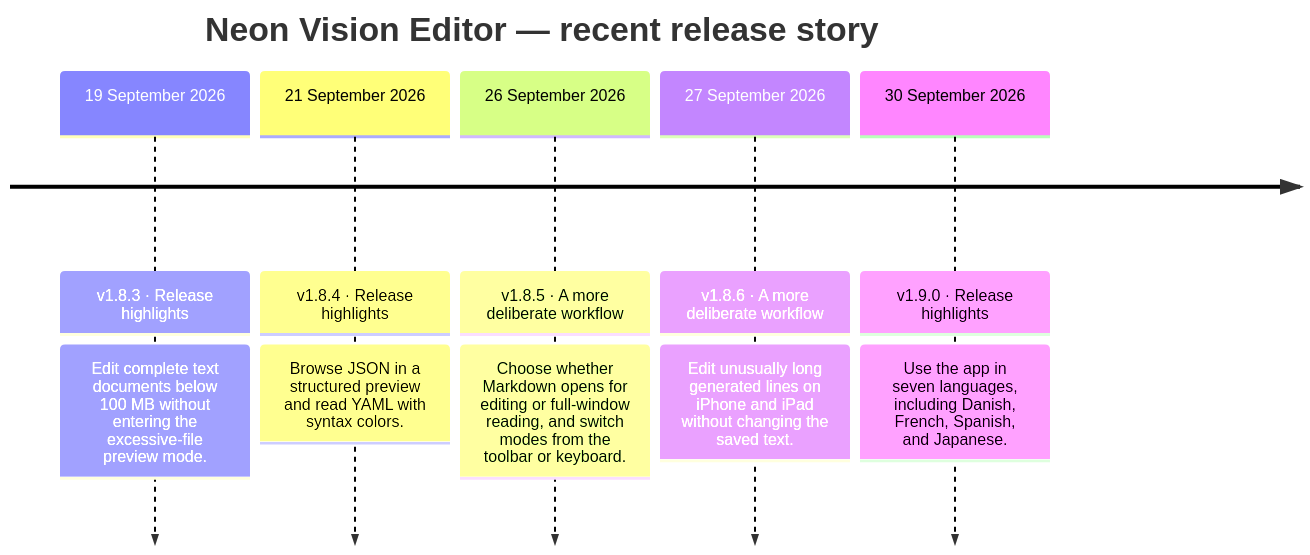
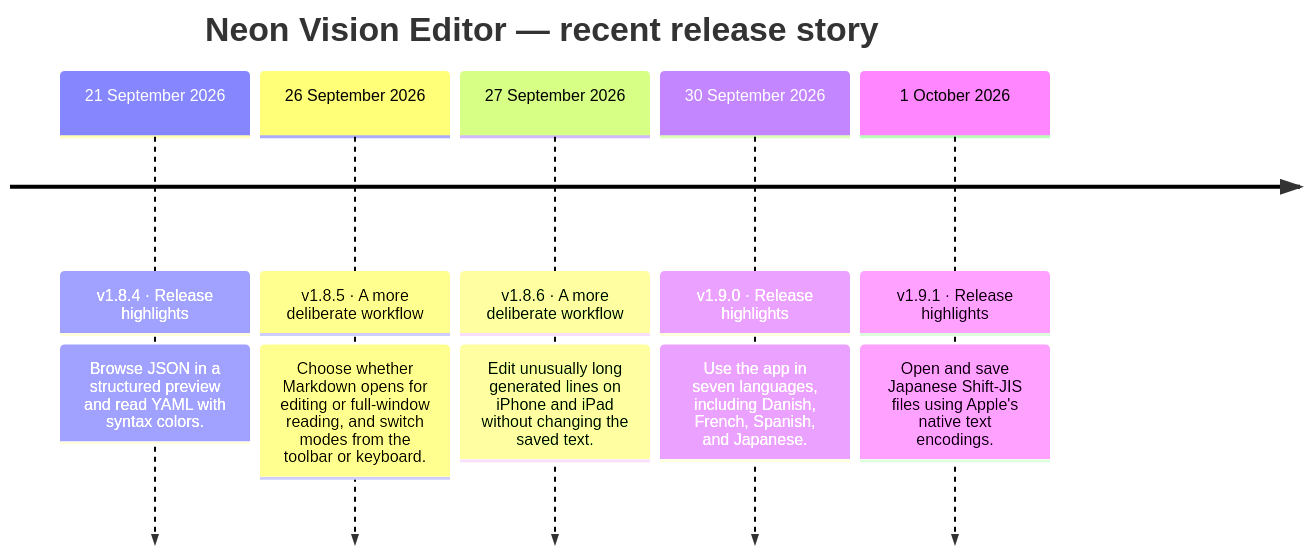
Before and after one commit to h3pdesign/Neon-Vision-Editor: the diagram in README.md, drawn with Mermaid. The commit also changed other lines of this file and 9 other files, not shown here.

````diff
--- a/README.md
+++ b/README.md
@@ -749,14 +758,14 @@
 ```mermaid
 timeline
     title Neon Vision Editor — recent release story
-    19 September 2026 : v1.8.3 · Release highlights
-                : Edit complete text documents below 100 MB without entering the excessive-file preview mode.
     21 September 2026 : v1.8.4 · Release highlights
                 : Browse JSON in a structured preview and read YAML with syntax colors.
     26 September 2026 : v1.8.5 · A more deliberate workflow
                 : Choose whether Markdown opens for editing or full-window reading, and switch modes from the toolbar or keyboard.
     27 September 2026 : v1.8.6 · A more deliberate workflow
                 : Edit unusually long generated lines on iPhone and iPad without changing the saved text.
     30 September 2026 : v1.9.0 · Release highlights
                 : Use the app in seven languages, including Danish, French, Spanish, and Japanese.
+    1 October 2026 : v1.9.1 · Release highlights
+                : Open and save Japanese Shift-JIS files using Apple's native text encodings.
 ```
````
